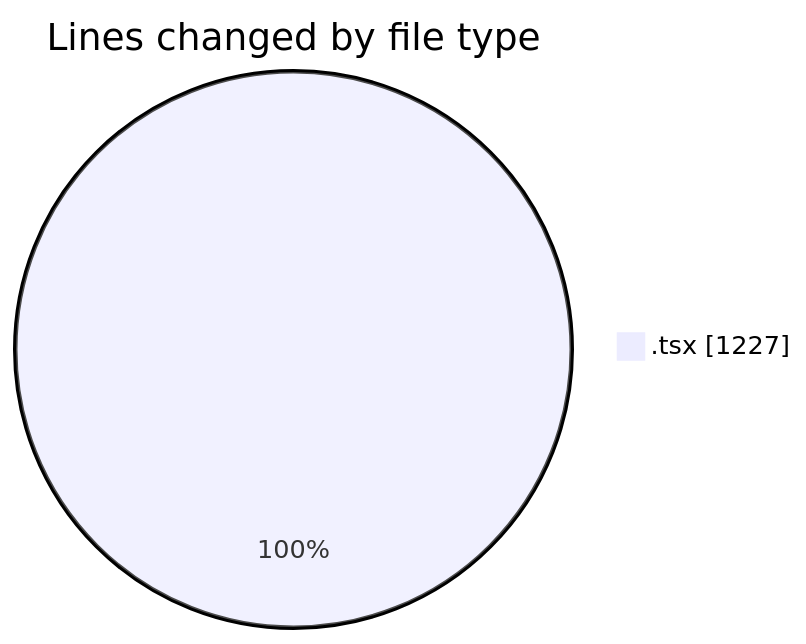
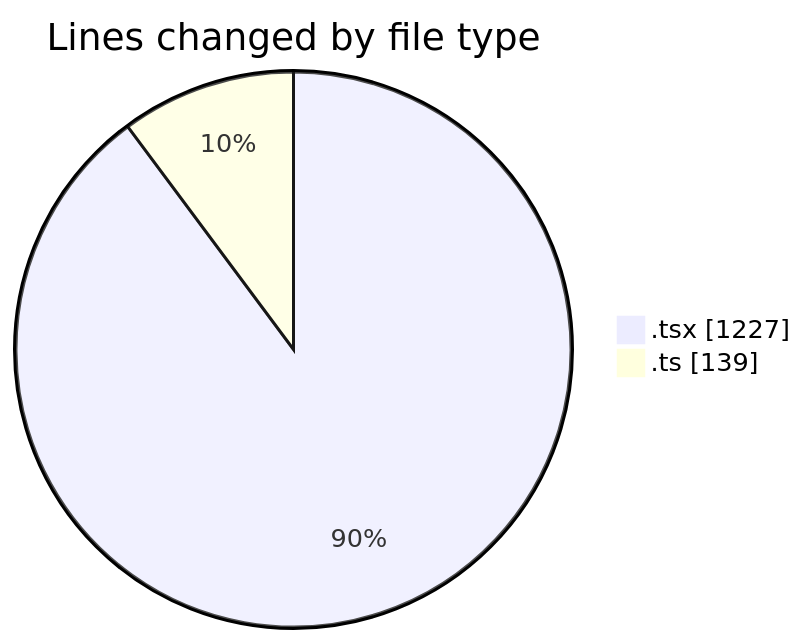
One commit to nxtqubesakshisongat/code-tracking changed the first of 2 diagrams in 2026-03-24/nxtqube_webapp/README.md. Above: the diagram before and after it, drawn with Mermaid. The commit also changed other lines of this file and 1 other file, not shown here.

````diff
--- a/2026-03-24/nxtqube_webapp/README.md
+++ b/2026-03-24/nxtqube_webapp/README.md
@@ -21,5 +22,6 @@
 ```mermaid
 pie showData
 title Lines changed by file type
 ".tsx" : 1227
+".ts" : 139
 ```
````
